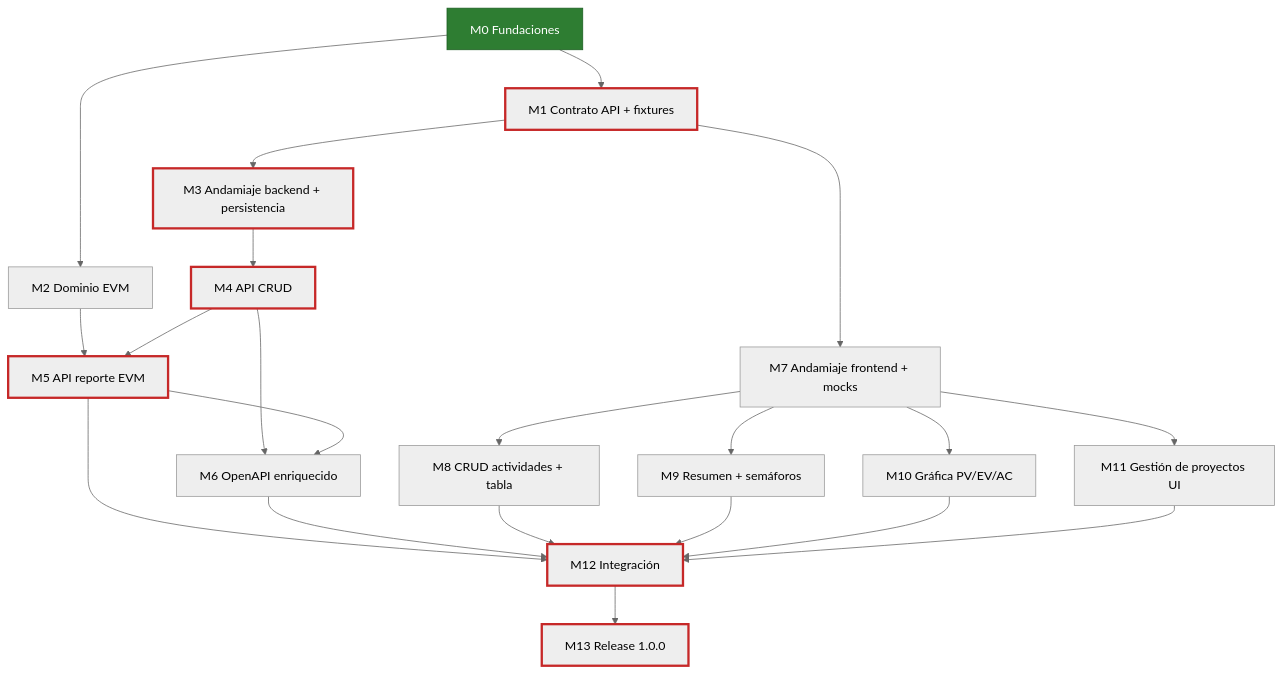
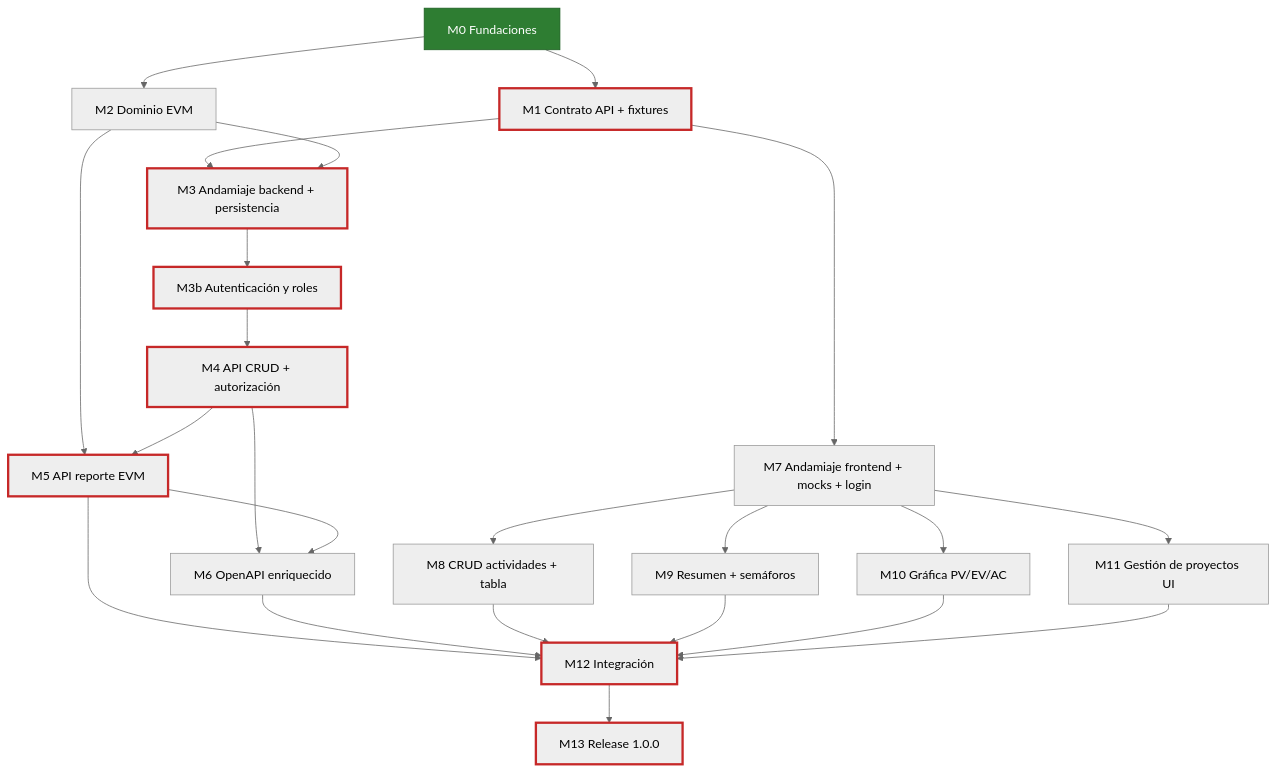
Before and after one commit to MichaelCocuy/Striker_EVM: the third of 4 diagrams in docs/ARQUITECTURA.md, drawn with Mermaid (neutral theme). The commit also changed other lines of this file, not shown here.

First line of the commit message:
Define stack, roles module and frontend design guidelines

````diff
--- a/docs/ARQUITECTURA.md
+++ b/docs/ARQUITECTURA.md
@@ -212,28 +235,30 @@
 ```mermaid
 flowchart TD
     M0[M0 Fundaciones] --> M1[M1 Contrato API + fixtures]
     M0 --> M2[M2 Dominio EVM]
     M1 --> M3[M3 Andamiaje backend + persistencia]
-    M1 --> M7[M7 Andamiaje frontend + mocks]
-    M3 --> M4[M4 API CRUD]
+    M2 --> M3
+    M1 --> M7[M7 Andamiaje frontend + mocks + login]
+    M3 --> M3b[M3b Autenticación y roles]
+    M3b --> M4[M4 API CRUD + autorización]
     M2 --> M5[M5 API reporte EVM]
     M4 --> M5
     M4 --> M6[M6 OpenAPI enriquecido]
     M5 --> M6
     M7 --> M8[M8 CRUD actividades + tabla]
     M7 --> M9[M9 Resumen + semáforos]
     M7 --> M10[M10 Gráfica PV/EV/AC]
     M7 --> M11[M11 Gestión de proyectos UI]
     M5 --> M12[M12 Integración]
     M6 --> M12
     M8 --> M12
     M9 --> M12
     M10 --> M12
     M11 --> M12
     M12 --> M13[M13 Release 1.0.0]
 
     classDef done fill:#2e7d32,color:#fff,stroke:#1b5e20
     classDef critical stroke:#c62828,stroke-width:3px
     class M0 done
-    class M1,M3,M4,M5,M12,M13 critical
+    class M1,M3,M3b,M4,M5,M12,M13 critical
 ```
````
